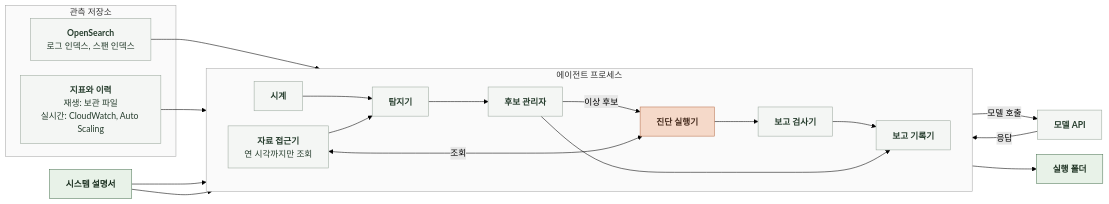
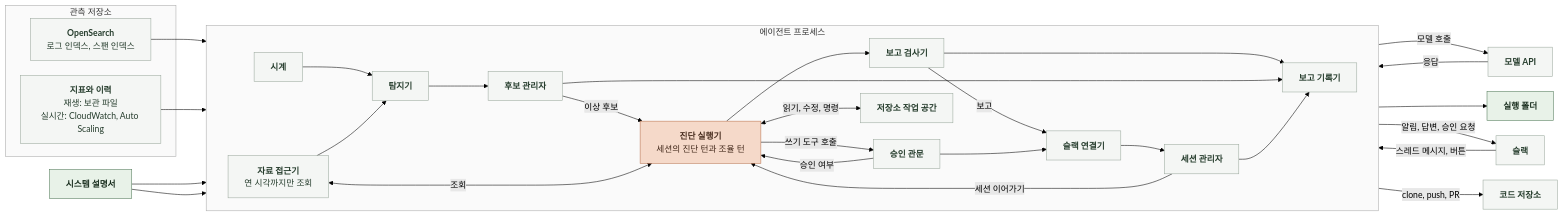
Before and after one commit to KIM-N-KANG/knk-harness: the diagram in docs/domain/OBSERVABILITY/AI/4-2-DESIGN-SOFTWARE-ARCHITECTURE.md, drawn with Mermaid (forest theme). The commit also changed other lines of this file and 16 other files, not shown here.

````diff
--- a/docs/domain/OBSERVABILITY/AI/4-2-DESIGN-SOFTWARE-ARCHITECTURE.md
+++ b/docs/domain/OBSERVABILITY/AI/4-2-DESIGN-SOFTWARE-ARCHITECTURE.md
@@ -11,48 +11,66 @@
 ```mermaid
 %%{init: {"flowchart": {"curve": "basis", "nodeSpacing": 28, "rankSpacing": 56}}}%%
 flowchart LR
     subgraph EXT["관측 저장소"]
         OS["`**OpenSearch**
 로그 인덱스, 스팬 인덱스`"]
         MT["`**지표와 이력**
 재생: 보관 파일
 실시간: CloudWatch, Auto Scaling`"]
     end
     SD["`**시스템 설명서**`"]
-    subgraph CLI["에이전트 프로세스"]
+    subgraph PROC["에이전트 프로세스"]
         direction LR
         DA["`**자료 접근기**
 연 시각까지만 조회`"]
         CK["`**시계**`"]
         DT["`**탐지기**`"]
         CM["`**후보 관리자**`"]
-        DX["`**진단 실행기**`"]
+        DX["`**진단 실행기**
+세션의 진단 턴과 조율 턴`"]
         RC["`**보고 검사기**`"]
+        AG["`**승인 관문**`"]
+        SM["`**세션 관리자**`"]
+        SC["`**슬랙 연결기**`"]
+        WS["`**저장소 작업 공간**`"]
         RW["`**보고 기록기**`"]
     end
     RF["`**실행 폴더**`"]
     LLM["`**모델 API**`"]
+    SL["`**슬랙**`"]
+    GH["`**코드 저장소**`"]
     OS --> DA
     MT --> DA
     CK --> DT
     DA --> DT
     SD --> DT
     DT --> CM
     CM -->|"`이상 후보`"| DX
     DA <-->|"`조회`"| DX
     SD --> DX
     DX -->|"`모델 호출`"| LLM
     LLM -->|"`응답`"| DX
     DX --> RC
     RC --> RW
     CM --> RW
+    SM --> RW
     RW --> RF
+    RC -->|"`보고`"| SC
+    SC -->|"`알림, 답변, 승인 요청`"| SL
+    SL -->|"`스레드 메시지, 버튼`"| SC
+    SC --> SM
+    SM -->|"`세션 이어가기`"| DX
+    DX -->|"`쓰기 도구 호출`"| AG
+    AG -->|"`승인 여부`"| DX
+    AG --> SC
+    DX <-->|"`읽기, 수정, 명령`"| WS
+    WS -->|"`clone, push, PR`"| GH
     classDef data fill:#E8F2E8,stroke:#527A59,color:#182D1D
     classDef model fill:#F5D9C9,stroke:#B97450,color:#452B1D
     classDef code fill:#F4F6F4,stroke:#9BA99E,color:#253C2C
     class SD,RF data
     class DX model
-    class CK,DA,DT,CM,RC,RW,OS,MT,LLM code
+    class CK,DA,DT,CM,RC,RW,AG,SM,SC,WS,OS,MT,LLM,SL,GH code
     style EXT fill:#FAFAFA,stroke:#AAAAAA
-    style CLI fill:#FAFAFA,stroke:#AAAAAA
+    style PROC fill:#FAFAFA,stroke:#AAAAAA
 ```
````
